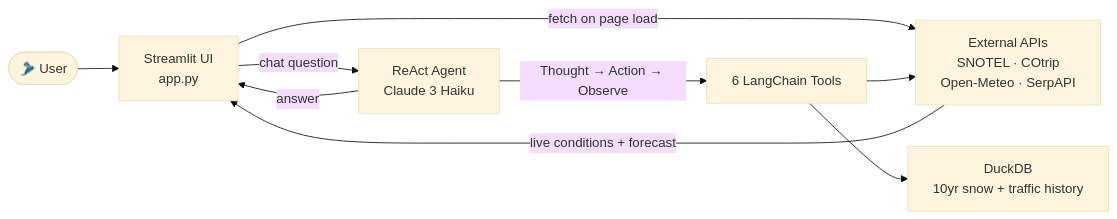
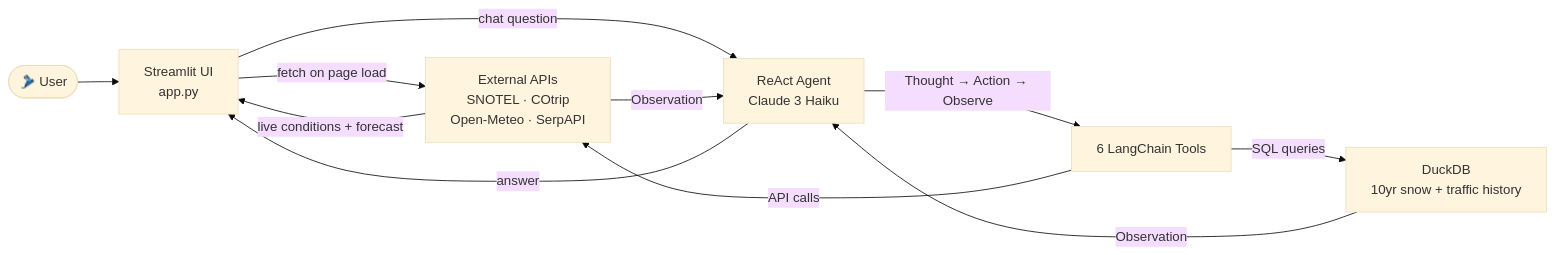
The first of 2 diagrams in architecture.md (Ttopiac/colorado-powracle), drawn with Mermaid (base theme) before and after one commit.

Commit message:
Split tool data edges into request and Observation response

````diff
--- a/architecture.md
+++ b/architecture.md
@@ -5,15 +5,17 @@
 ```mermaid
 graph LR
     User(["🎿 User"]) --> UI["Streamlit UI<br/>app.py"]
 
     UI -->|fetch on page load| APIs["External APIs<br/>SNOTEL · COtrip<br/>Open-Meteo · SerpAPI"]
     APIs -->|live conditions + forecast| UI
     UI -->|chat question| Agent["ReAct Agent<br/>Claude 3 Haiku"]
 
     Agent -->|Thought → Action → Observe| Tools["6 LangChain Tools"]
 
-    Tools --> APIs
-    Tools --> DB["DuckDB<br/>10yr snow + traffic history"]
+    Tools -->|API calls| APIs
+    APIs -->|Observation| Agent
+    Tools -->|SQL queries| DB["DuckDB<br/>10yr snow + traffic history"]
+    DB -->|Observation| Agent
 
     Agent -->|answer| UI
 ```
````
